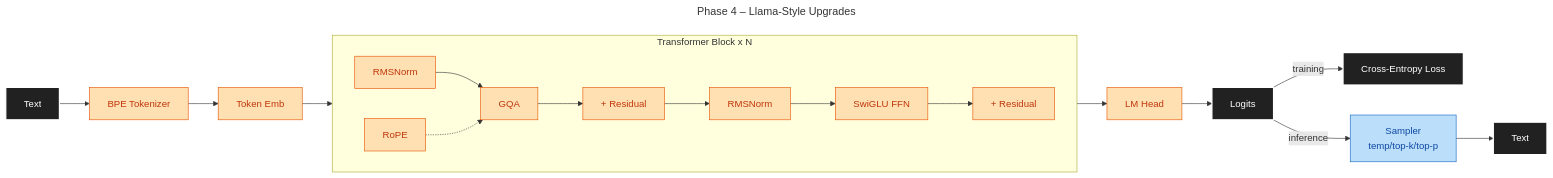
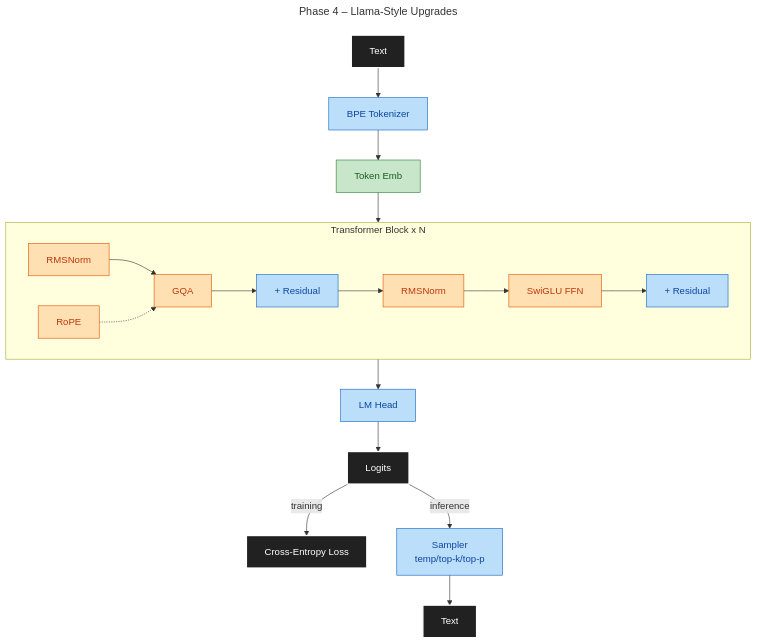
One commit to maxjbarfuss/max_llm changed the third of 7 diagrams in docs/DESIGN.md. Above: the diagram before and after it, drawn with Mermaid. The commit also changed other lines of this file and 15 other files, not shown here.

First line of the commit message:
Phase 3: Full decoder stack + diagram sync

````diff
--- a/docs/DESIGN.md
+++ b/docs/DESIGN.md
@@ -48,18 +48,19 @@
 ```mermaid
 ---
 title: Phase 4 – Llama-Style Upgrades
 ---
-graph LR
-    A[Text]:::io --> B[BPE Tokenizer]:::p4 --> C[Token Emb]:::p4 --> Block
+graph TD
+    A[Text]:::io --> B[BPE Tokenizer]:::p3 --> C[Token Emb]:::p2 --> Block
     subgraph Block[Transformer Block x N]
         direction LR
-        D[RMSNorm]:::p4 --> E[GQA]:::p4 --> F[+ Residual]:::p4 --> G[RMSNorm]:::p4 --> H[SwiGLU FFN]:::p4 --> I[+ Residual]:::p4
+        D[RMSNorm]:::p4 --> E[GQA]:::p4 --> F[+ Residual]:::p3 --> G[RMSNorm]:::p4 --> H[SwiGLU FFN]:::p4 --> I[+ Residual]:::p3
         RoPE:::p4 -.-> E
     end
-    Block --> J[LM Head]:::p4 --> K[Logits]:::io
+    Block --> J[LM Head]:::p3 --> K[Logits]:::io
     K -->|training| L[Cross-Entropy Loss]:::io
     K -->|inference| M[Sampler<br/>temp/top-k/top-p]:::p3 --> N[Text]:::io
     classDef io fill:#212121,stroke:#FFFFFF,color:#FFFFFF,stroke-width:2px
+    classDef p2 fill:#C8E6C9,stroke:#2E7D32,color:#1B5E20
     classDef p3 fill:#BBDEFB,stroke:#1565C0,color:#0D47A1
     classDef p4 fill:#FFE0B2,stroke:#E65100,color:#BF360C
 ```
````
